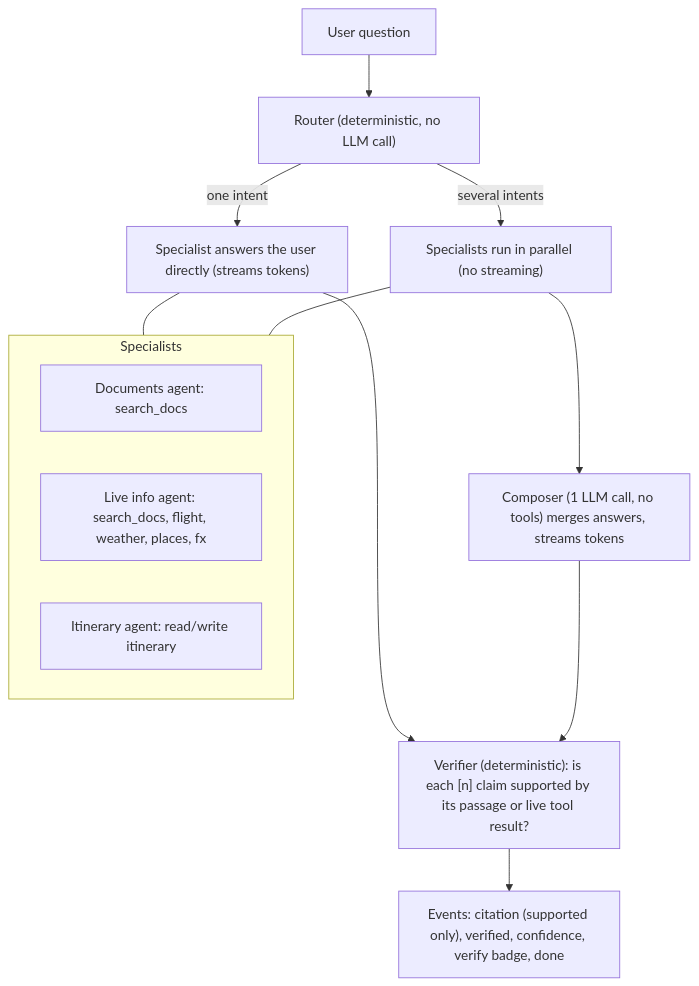
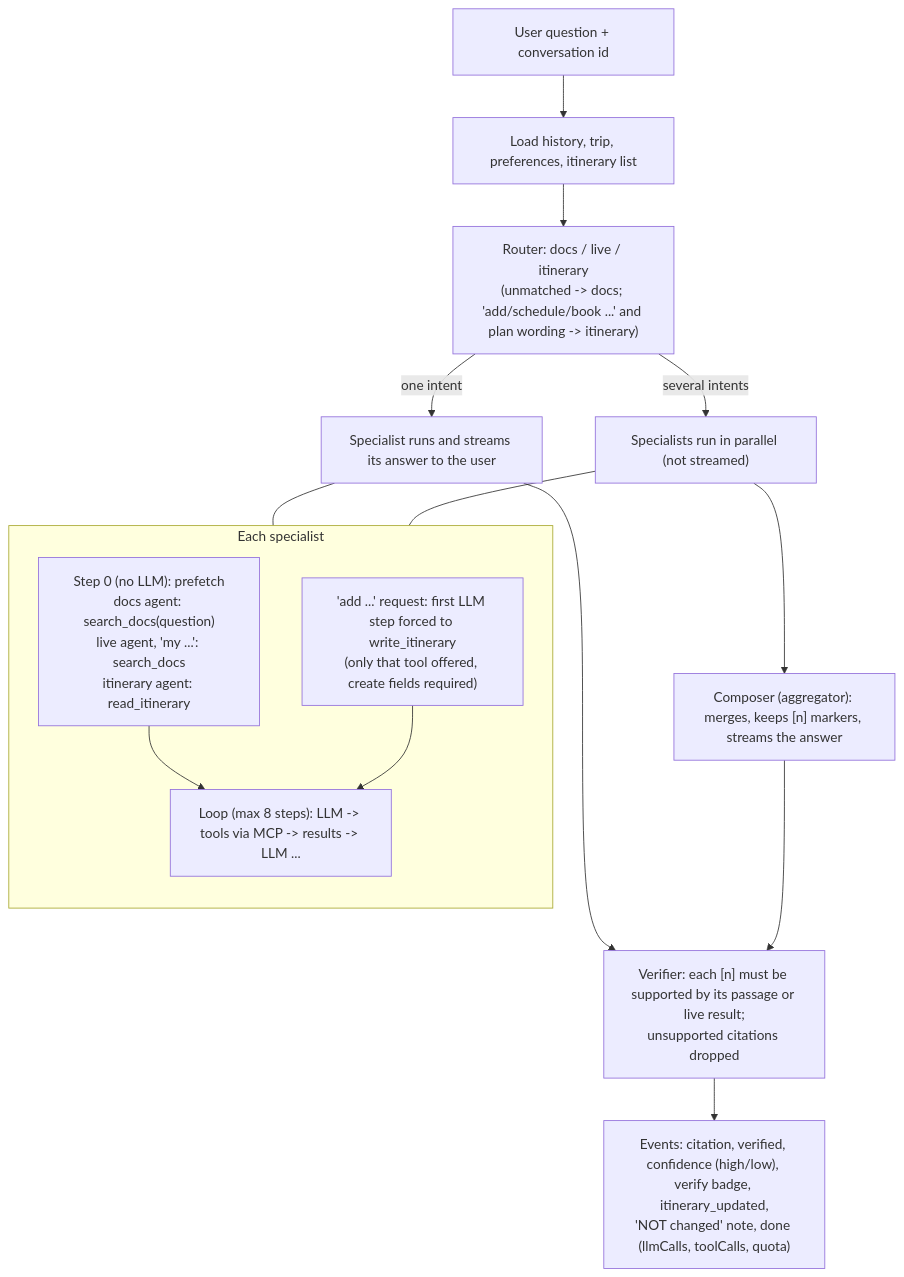
Before and after one commit to nitbaby/trip-mate: the second of 3 diagrams in docs/ARCHITECTURE.md, drawn with Mermaid. The commit also changed other lines of this file, not shown here.

Commit message:
Architecture doc: current components, full block diagram, updated chat-turn and RAG flows, LLM layer, data model, config

````diff
--- a/docs/ARCHITECTURE.md
+++ b/docs/ARCHITECTURE.md
@@ -43,17 +68,21 @@
 ```mermaid
 flowchart TD
-  Q["User question"] --> R["Router (deterministic, no LLM call)"]
-  R -->|"one intent"| S1["Specialist answers the user directly (streams tokens)"]
-  R -->|"several intents"| P["Specialists run in parallel (no streaming)"]
-  P --> C["Composer (1 LLM call, no tools) merges answers, streams tokens"]
-  subgraph Specialists
-    D["Documents agent: search_docs"]
-    L["Live info agent: search_docs, flight, weather, places, fx"]
-    I["Itinerary agent: read/write itinerary"]
+  Q["User question + conversation id"] --> L["Load history, trip, preferences, itinerary list"]
+  L --> R["Router: docs / live / itinerary<br/>(unmatched -> docs; 'add/schedule/book ...' and plan wording -> itinerary)"]
+  R -->|"one intent"| S1["Specialist runs and streams its answer to the user"]
+  R -->|"several intents"| P["Specialists run in parallel (not streamed)"]
+  P --> C["Composer (aggregator): merges, keeps [n] markers, streams the answer"]
+  subgraph Spec["Each specialist"]
+    direction TB
+    PF["Step 0 (no LLM): prefetch<br/>docs agent: search_docs(question)<br/>live agent, 'my ...': search_docs<br/>itinerary agent: read_itinerary"]
+    FT["'add ...' request: first LLM step forced to write_itinerary<br/>(only that tool offered, create fields required)"]
+    LP["Loop (max 8 steps): LLM -> tools via MCP -> results -> LLM ..."]
+    PF --> LP
+    FT --> LP
   end
-  S1 --- Specialists
-  P --- Specialists
+  S1 --- Spec
+  P --- Spec
   S1 --> V
-  C --> V["Verifier (deterministic): is each [n] claim supported by its passage or live tool result?"]
-  V --> E["Events: citation (supported only), verified, confidence, verify badge, done"]
+  C --> V["Verifier: each [n] must be supported by its passage or live result;<br/>unsupported citations dropped"]
+  V --> E["Events: citation, verified, confidence (high/low), verify badge, itinerary_updated,<br/>'NOT changed' note, done (llmCalls, toolCalls, quota)"]
 ```
````
